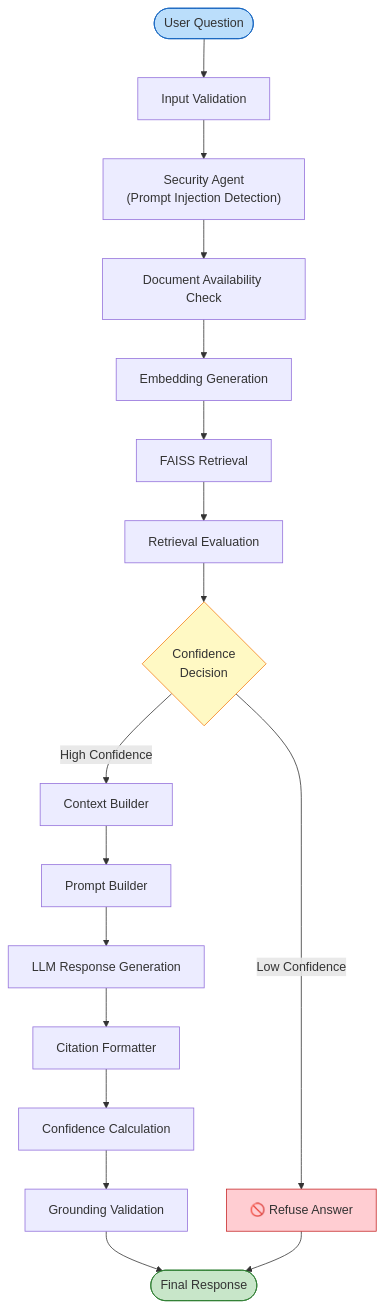
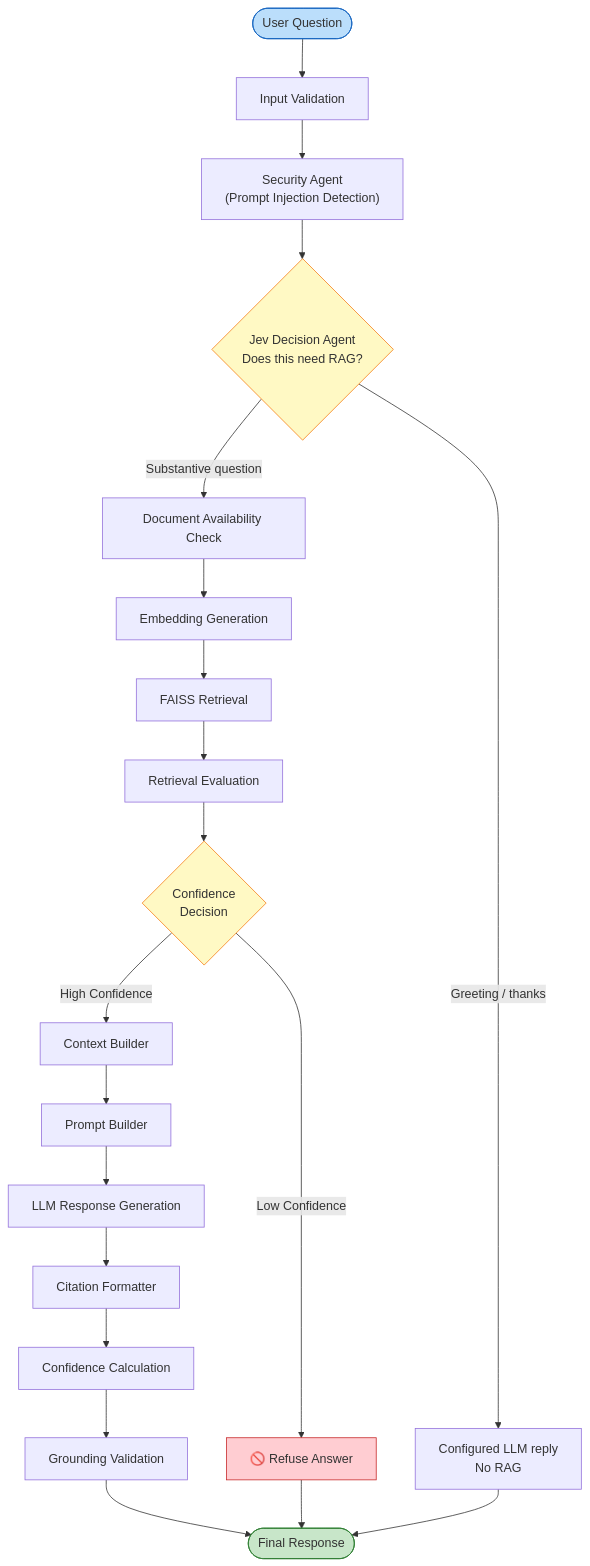
One commit to Nishant0510/AI-Agent changed the fourth of 14 diagrams in Readme.md. Above: the diagram before and after it, drawn with Mermaid. The commit also changed other lines of this file and 32 other files, not shown here.

````diff
--- a/Readme.md
+++ b/Readme.md
@@ -322,26 +322,30 @@
 ```mermaid
 flowchart TD
     START(["User Question"]) --> VALID["Input Validation"]
     VALID --> SEC["Security Agent<br/>(Prompt Injection Detection)"]
-    SEC --> DOCCHECK["Document Availability Check"]
+    SEC --> ROUTE{"Jev Decision Agent<br/>Does this need RAG?"}
+    ROUTE -->|Greeting / thanks| CHAT["Configured LLM reply<br/>No RAG"]
+    ROUTE -->|Substantive question| DOCCHECK["Document Availability Check"]
     DOCCHECK --> EMBED["Embedding Generation"]
     EMBED --> RETRIEVE["FAISS Retrieval"]
     RETRIEVE --> EVAL["Retrieval Evaluation"]
     EVAL --> CONF{"Confidence<br/>Decision"}
 
     CONF -->|Low Confidence| REFUSE["🚫 Refuse Answer"]
     CONF -->|High Confidence| CTX["Context Builder"]
 
     CTX --> PROMPT["Prompt Builder"]
     PROMPT --> LLM["LLM Response Generation"]
     LLM --> CITE["Citation Formatter"]
     CITE --> CALC["Confidence Calculation"]
     CALC --> GROUND["Grounding Validation"]
     GROUND --> FINAL(["Final Response"])
     REFUSE --> FINAL
+    CHAT --> FINAL
 
     style START fill:#bbdefb,stroke:#1565c0
     style FINAL fill:#c8e6c9,stroke:#2e7d32
     style REFUSE fill:#ffcdd2,stroke:#c62828
     style CONF fill:#fff9c4,stroke:#f57f17
+    style ROUTE fill:#fff9c4,stroke:#f57f17
 ```
````
